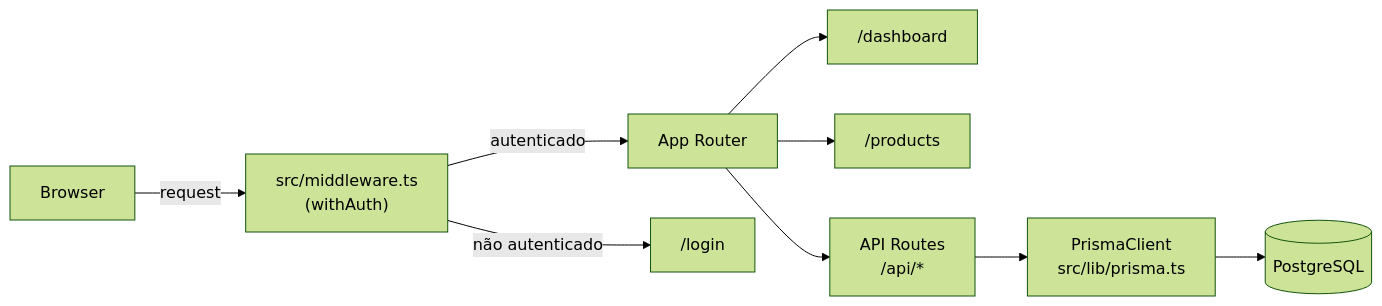
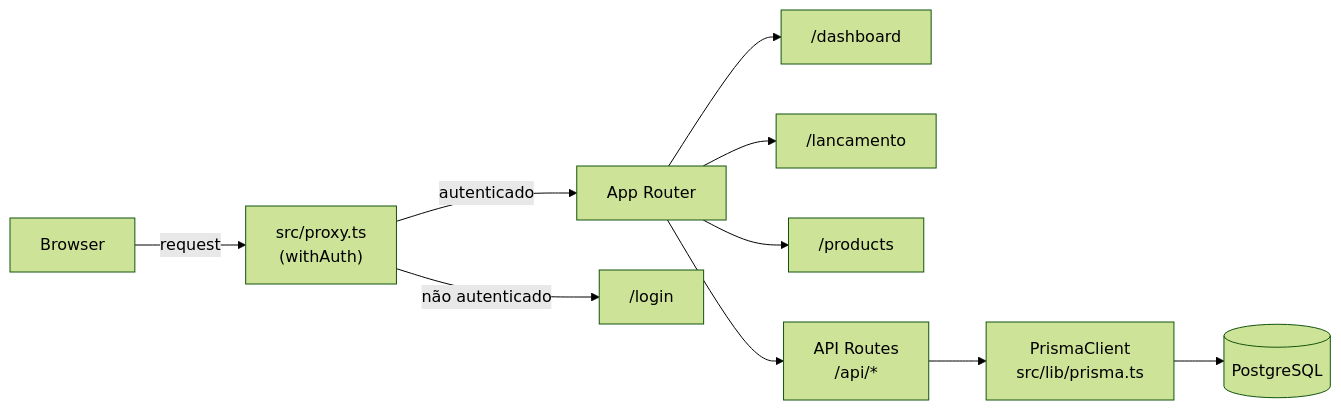
Before and after one commit to fSantosLima/tico-lanches: the first of 3 diagrams in README.md, drawn with Mermaid (forest theme). The commit also changed other lines of this file, not shown here.

Commit message:
docs: update README to reflect sprint 2 architecture (proxy.ts, new Sale model, lancamento route, 31 tests)

````diff
--- a/README.md
+++ b/README.md
@@ -83,11 +83,12 @@
 ```mermaid
 flowchart LR
-    Browser -->|request| Middleware["src/middleware.ts\n(withAuth)"]
-    Middleware -->|autenticado| AppRouter["App Router"]
-    Middleware -->|não autenticado| Login["/login"]
+    Browser -->|request| Proxy["src/proxy.ts\n(withAuth)"]
+    Proxy -->|autenticado| AppRouter["App Router"]
+    Proxy -->|não autenticado| Login["/login"]
     AppRouter --> Dashboard["/dashboard"]
+    AppRouter --> Lancamento["/lancamento"]
     AppRouter --> Products["/products"]
     AppRouter --> API["API Routes\n/api/*"]
     API --> Prisma["PrismaClient\nsrc/lib/prisma.ts"]
     Prisma --> DB[("PostgreSQL")]
 ```
````
